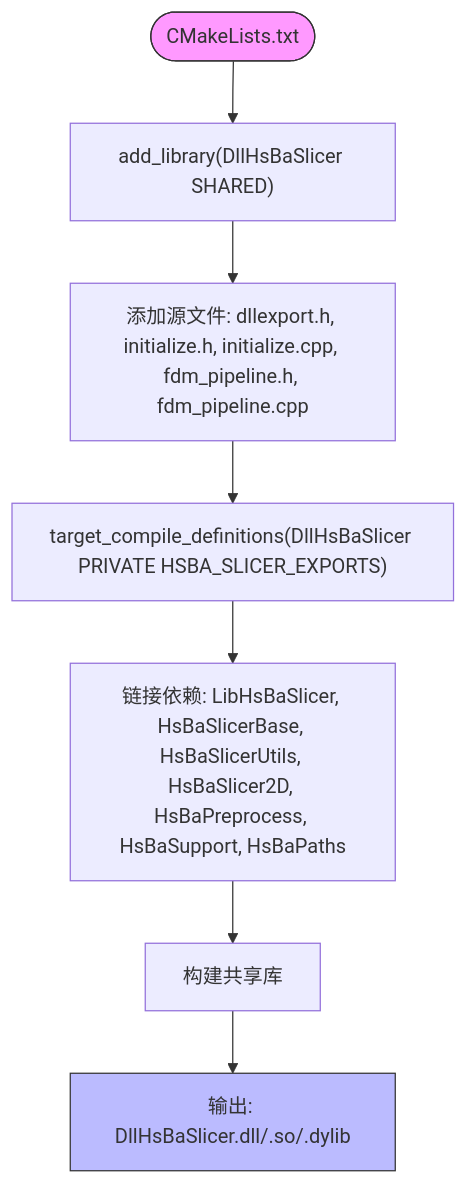
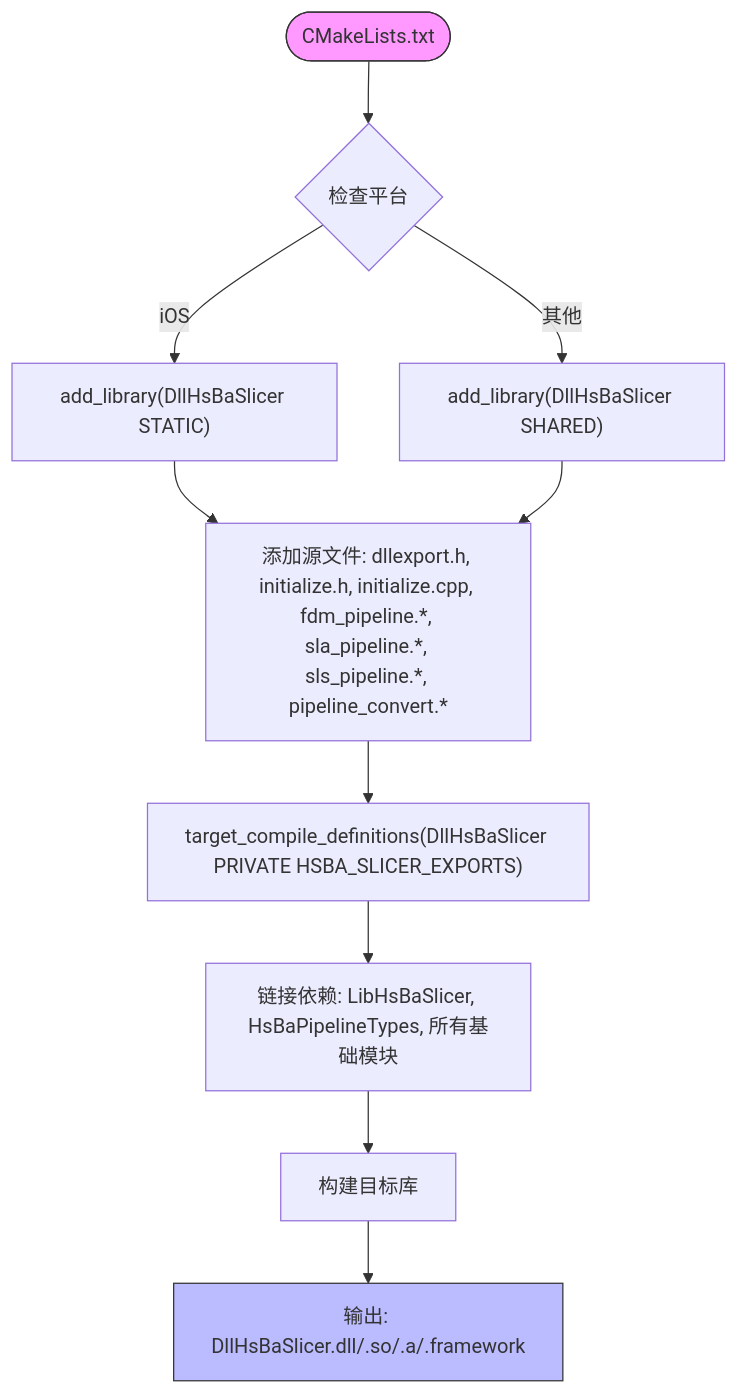
One commit to hsmbanlance/HsBaSlicer changed the fourth of 10 diagrams in .qoder/repowiki/zh/content/扩展与集成/动态库集成.md. Above: the diagram before and after it, drawn with Mermaid. The commit also changed other lines of this file and 19 other files, not shown here.

````diff
--- a/.qoder/repowiki/zh/content/扩展与集成/动态库集成.md
+++ b/.qoder/repowiki/zh/content/扩展与集成/动态库集成.md
@@ -182,11 +204,14 @@
 ```mermaid
 flowchart TD
-Start([CMakeLists.txt]) --> DefineLib["add_library(DllHsBaSlicer SHARED)"]
-DefineLib --> AddSources["添加源文件: dllexport.h, initialize.h, initialize.cpp, fdm_pipeline.h, fdm_pipeline.cpp"]
+Start([CMakeLists.txt]) --> CheckPlatform{"检查平台"}
+CheckPlatform --> |iOS| BuildStatic["add_library(DllHsBaSlicer STATIC)"]
+CheckPlatform --> |其他| BuildShared["add_library(DllHsBaSlicer SHARED)"]
+BuildStatic --> AddSources["添加源文件: dllexport.h, initialize.h, initialize.cpp, fdm_pipeline.*, sla_pipeline.*, sls_pipeline.*, pipeline_convert.*"]
+BuildShared --> AddSources
 AddSources --> DefineExports["target_compile_definitions(DllHsBaSlicer PRIVATE HSBA_SLICER_EXPORTS)"]
-DefineExports --> LinkLibs["链接依赖: LibHsBaSlicer, HsBaSlicerBase, HsBaSlicerUtils, HsBaSlicer2D, HsBaPreprocess, HsBaSupport, HsBaPaths"]
-LinkLibs --> Build["构建共享库"]
-Build --> Output["输出: DllHsBaSlicer.dll/.so/.dylib"]
+DefineExports --> LinkLibs["链接依赖: LibHsBaSlicer, HsBaPipelineTypes, 所有基础模块"]
+LinkLibs --> Build["构建目标库"]
+Build --> Output["输出: DllHsBaSlicer.dll/.so/.a/.framework"]
 style Start fill:#f9f,stroke:#333
 style Output fill:#bbf,stroke:#333
 ```
````
